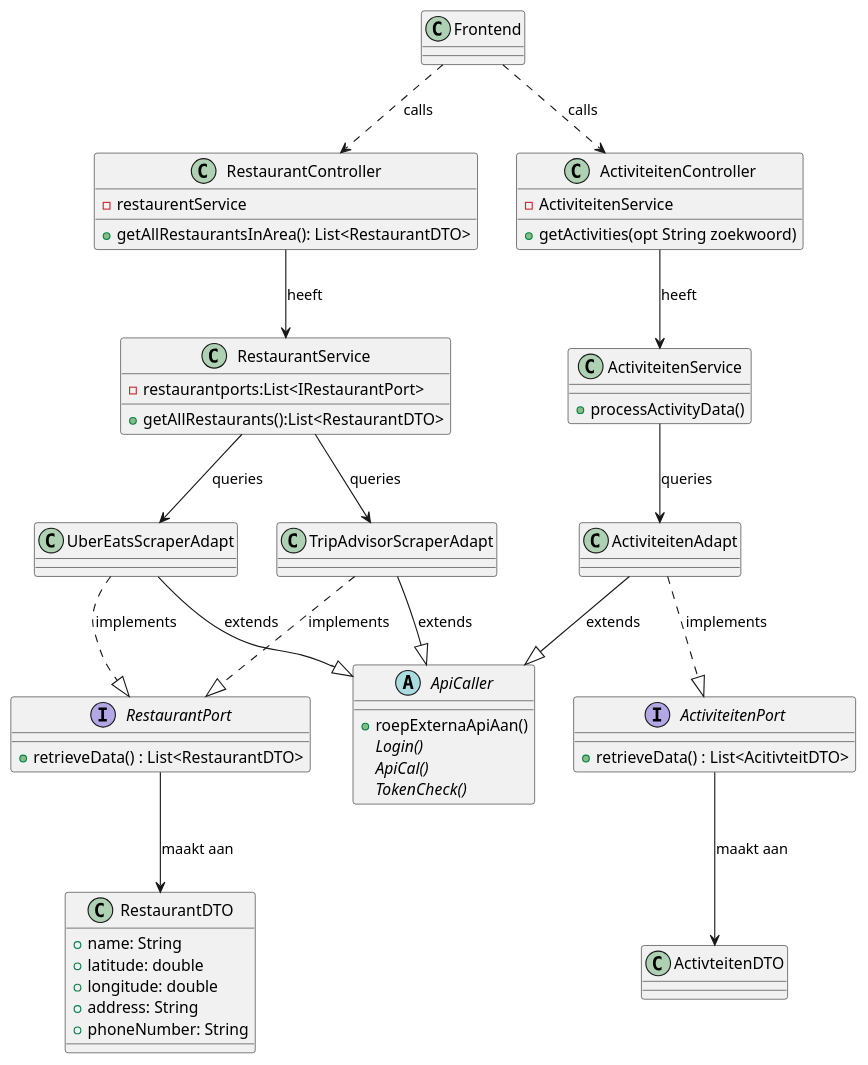
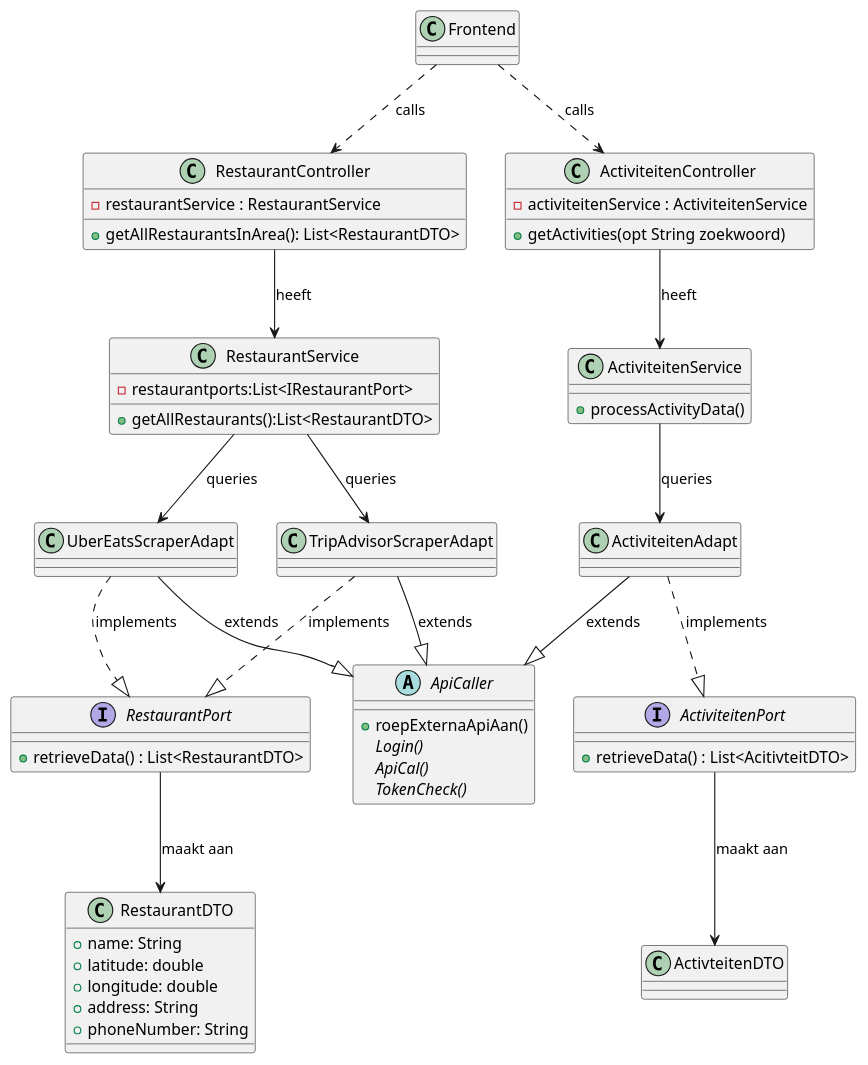
Before and after one commit to AIM-ENE-feb25/triptop-jrn: the diagram in opdracht-diagrammen/classDiagram.puml, drawn with PlantUML. The commit also changed 2 other files, not shown here.

```diff
--- a/opdracht-diagrammen/classDiagram.puml
+++ b/opdracht-diagrammen/classDiagram.puml
@@ -1,75 +1,75 @@
 @startuml
 
 abstract class ApiCaller {
     + roepExternaApiAan()
     Login() {abstract}
     ApiCal() {abstract}
     TokenCheck() {abstract}
 }
 
 interface RestaurantPort {
   +  retrieveData() : List<RestaurantDTO>
 }
 
 interface ActiviteitenPort {
   +  retrieveData() : List<AcitivteitDTO>
 }
 
 class RestaurantController {
-  - restaurentService
+  - restaurantService : RestaurantService
   + getAllRestaurantsInArea(): List<RestaurantDTO>
 }
 
 class ActiviteitenController {
-  - ActiviteitenService
+  - activiteitenService : ActiviteitenService
   + getActivities(opt String zoekwoord)
 }
 
 class RestaurantService {
   - restaurantports:List<IRestaurantPort>
   + getAllRestaurants():List<RestaurantDTO>
 }
 
 class ActiviteitenService {
   + processActivityData()
 }
 
 class UberEatsScraperAdapt  {
 }
 
 class TripAdvisorScraperAdapt  {
 }
 
 class ActiviteitenAdapt {
 }
 
 class RestaurantDTO{
     + name: String
     + latitude: double
     + longitude: double
     + address: String
     + phoneNumber: String
 }
 
 Frontend ..> RestaurantController : "calls"
 Frontend ..> ActiviteitenController : "calls"
 
 RestaurantController --> RestaurantService : "heeft"
 ActiviteitenController --> ActiviteitenService : "heeft"
 
 RestaurantService --> UberEatsScraperAdapt  : "queries"
 RestaurantService --> TripAdvisorScraperAdapt : "queries"
 ActiviteitenService --> ActiviteitenAdapt : "queries"
 
 UberEatsScraperAdapt  ..|> RestaurantPort : "implements"
 TripAdvisorScraperAdapt ..|> RestaurantPort : "implements"
 ActiviteitenAdapt ..|> ActiviteitenPort : "implements"
 
 UberEatsScraperAdapt  --|> ApiCaller : "extends"
 TripAdvisorScraperAdapt --|> ApiCaller : "extends"
 ActiviteitenAdapt --|> ApiCaller : "extends"
 
 RestaurantPort --> RestaurantDTO : maakt aan
 ActiviteitenPort --> ActivteitenDTO: maakt aan
 
 @enduml
```
